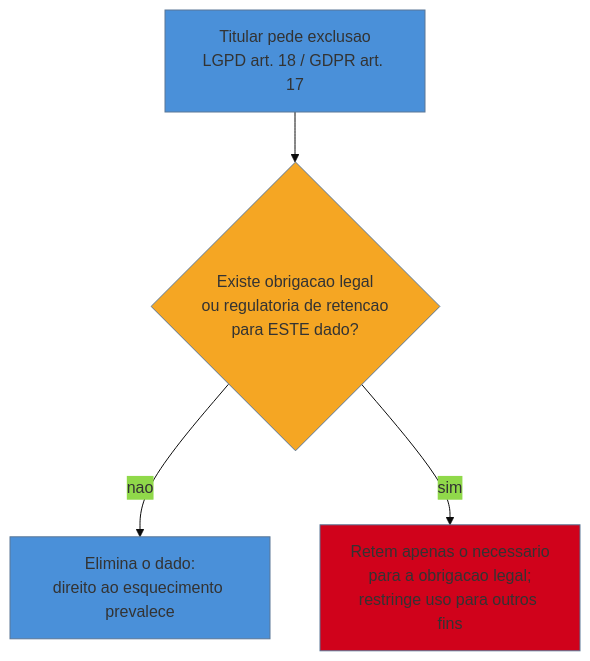
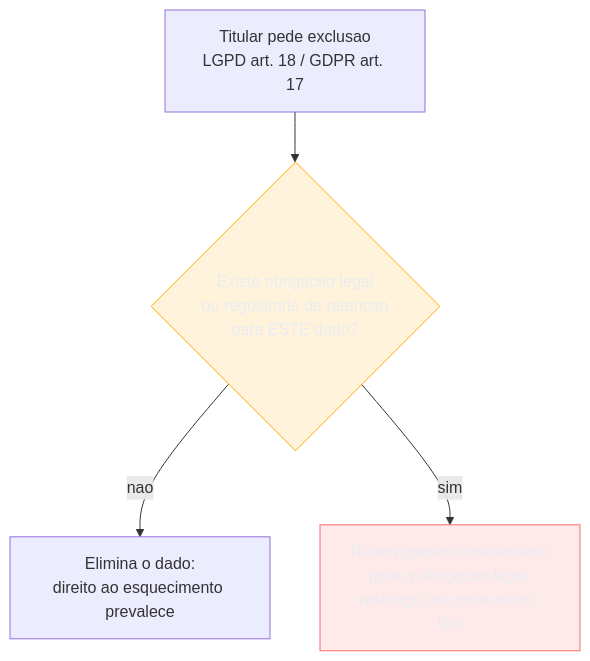
Before and after one commit to josenaldo/codex-technomanticus: the second of 2 diagrams in 03-Dominios/Engenharia/Arqueologia e Restauração de Software/27 - Compliance e arqueologia legal.md, drawn with Mermaid. The commit also changed other lines of this file and 1181 other files, not shown here.

First line of the commit message:
fix(diagramas): paleta do sistema no lugar de cor cravada no markdown

````diff
--- a/03-Dominios/Engenharia/Arqueologia e Restauração de Software/27 - Compliance e arqueologia legal.md
+++ b/03-Dominios/Engenharia/Arqueologia e Restauração de Software/27 - Compliance e arqueologia legal.md
@@ -77,9 +79,10 @@
 ```mermaid
-%%{init: {"theme": "base", "themeVariables": {"primaryColor": "#4A90D9"}}}%%
 graph TD
+    classDef destaque fill:#FFAA0024,stroke:#FFAA00,color:#E9ECF2
+    classDef falha fill:#FF6B6B24,stroke:#FF6B6B,color:#E9ECF2
     A[Titular pede exclusao<br/>LGPD art. 18 / GDPR art. 17] --> B{Existe obrigacao legal<br/>ou regulatoria de retencao<br/>para ESTE dado?}
     B -->|nao| C[Elimina o dado:<br/>direito ao esquecimento prevalece]
     B -->|sim| D[Retem apenas o necessario<br/>para a obrigacao legal;<br/>restringe uso para outros fins]
-    style B fill:#F5A623
-    style D fill:#D0021B
+    class B destaque
+    class D falha
 ```
````
